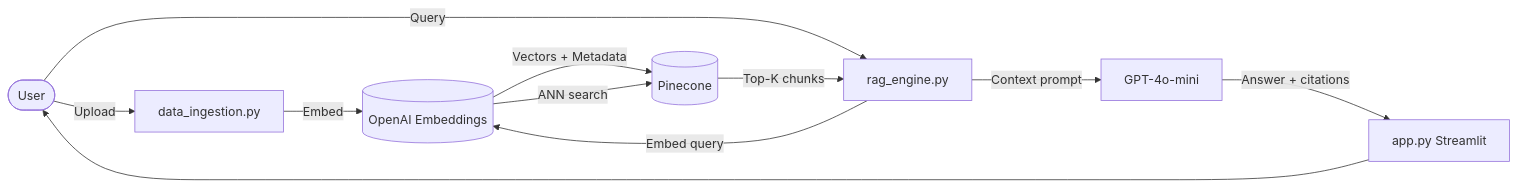
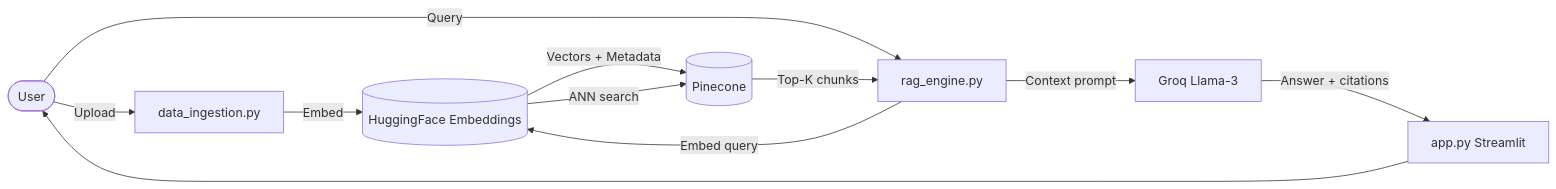
The diagram in README.md (aryannotsopro/rag-explorer), drawn with Mermaid before and after one commit. The commit also changed other lines of this file and 4 other files, not shown here.

Commit message:
Migrate OpenAI to Groq and HuggingFace

````diff
--- a/README.md
+++ b/README.md
@@ -25,13 +25,13 @@
 ```mermaid
 flowchart LR
     U([User]) -->|Upload| DI[data_ingestion.py]
-    DI -->|Embed| OAI[(OpenAI Embeddings)]
-    OAI -->|Vectors + Metadata| PC[(Pinecone)]
+    DI -->|Embed| HF[(HuggingFace Embeddings)]
+    HF -->|Vectors + Metadata| PC[(Pinecone)]
     U -->|Query| RE[rag_engine.py]
-    RE -->|Embed query| OAI
-    OAI -->|ANN search| PC
+    RE -->|Embed query| HF
+    HF -->|ANN search| PC
     PC -->|Top-K chunks| RE
-    RE -->|Context prompt| GPT[GPT-4o-mini]
-    GPT -->|Answer + citations| APP[app.py Streamlit]
+    RE -->|Context prompt| GROQ[Groq Llama-3]
+    GROQ -->|Answer + citations| APP[app.py Streamlit]
     APP --> U
 ```
````
